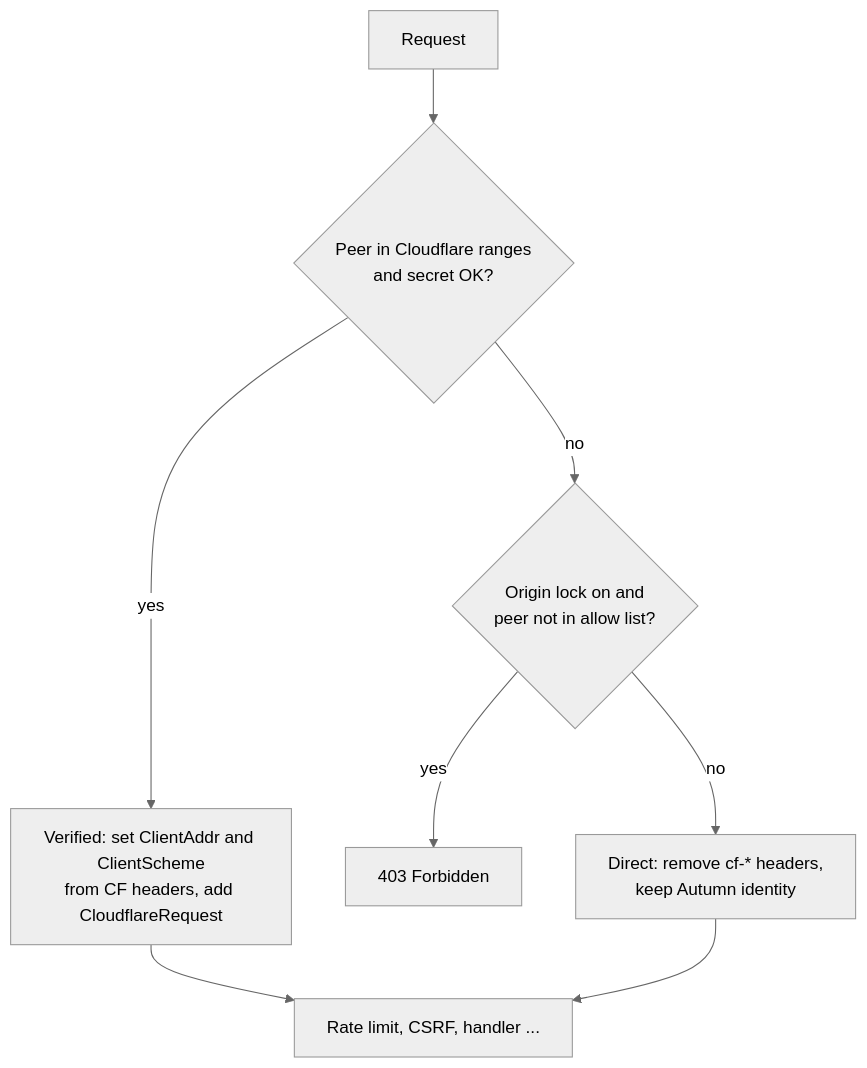
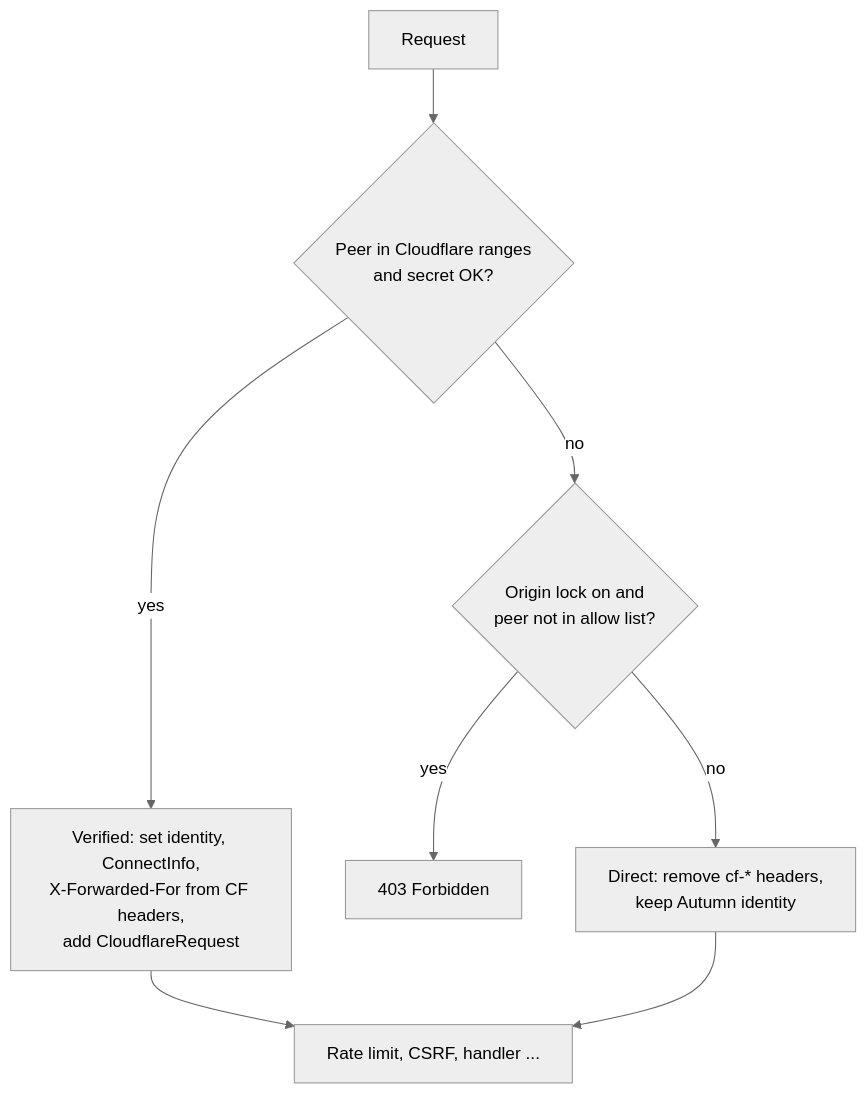
One commit to autumn-foundation/autumn-plugin-cloudflare changed the diagram in docs/adr/0001-identity-layer.md. Above: the diagram before and after it, drawn with Mermaid (neutral theme). The commit also changed other lines of this file and 7 other files, not shown here.

````diff
--- a/docs/adr/0001-identity-layer.md
+++ b/docs/adr/0001-identity-layer.md
@@ -39,10 +43,10 @@
 ```mermaid
 flowchart TD
     A[Request] --> B{Peer in Cloudflare ranges<br/>and secret OK?}
-    B -- yes --> V[Verified: set ClientAddr and ClientScheme<br/>from CF headers, add CloudflareRequest]
+    B -- yes --> V[Verified: set identity, ConnectInfo,<br/>X-Forwarded-For from CF headers,<br/>add CloudflareRequest]
     B -- no --> C{Origin lock on and<br/>peer not in allow list?}
     C -- yes --> R[403 Forbidden]
     C -- no --> D[Direct: remove cf-* headers,<br/>keep Autumn identity]
     V --> H[Rate limit, CSRF, handler ...]
     D --> H
 ```
````
